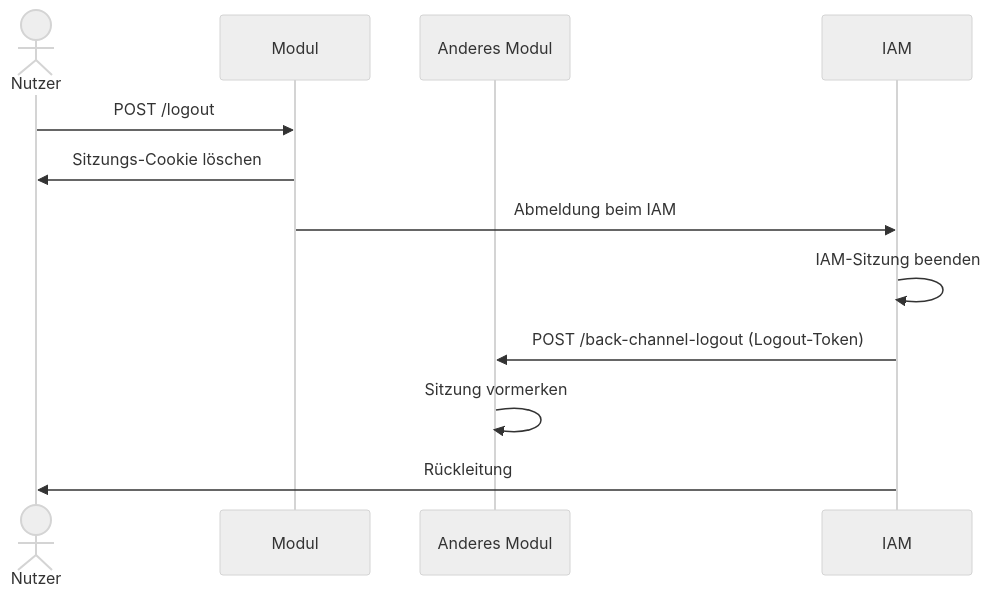
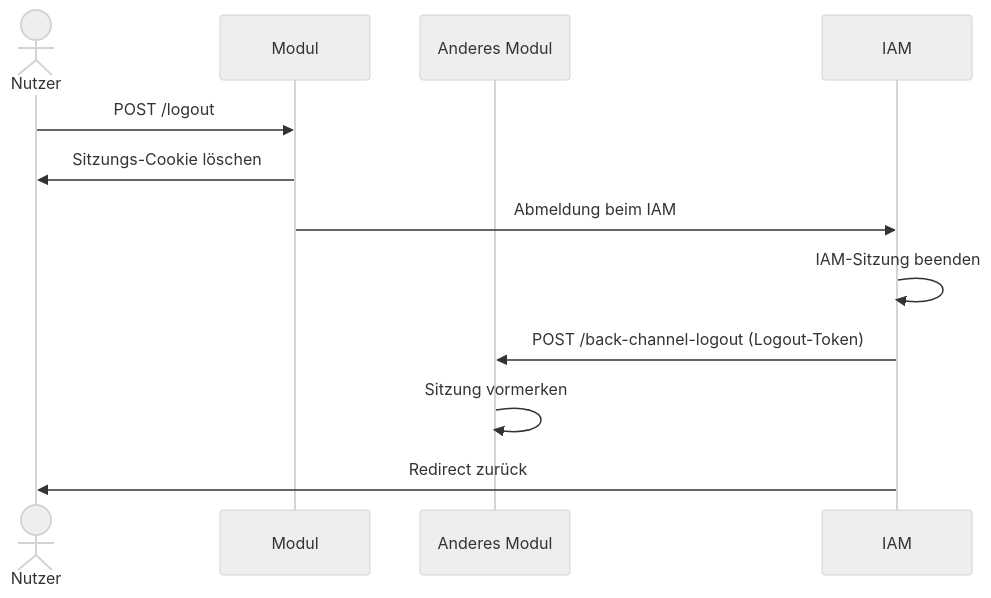
One commit to tiri/reference-architecture changed diagram 13 of 15 in arch-docs/README.md. Above: the diagram before and after it, drawn with Mermaid (neutral theme). The commit also changed other lines of this file and 1 other file, not shown here.

````diff
--- a/arch-docs/README.md
+++ b/arch-docs/README.md
@@ -502,14 +557,14 @@
 ```mermaid
 sequenceDiagram
     actor N as Nutzer
     participant M as Modul
     participant A as Anderes Modul
     participant I as IAM
     N->>M: POST /logout
     M->>N: Sitzungs-Cookie löschen
     M->>I: Abmeldung beim IAM
     I->>I: IAM-Sitzung beenden
     I->>A: POST /back-channel-logout (Logout-Token)
     A->>A: Sitzung vormerken
-    I->>N: Rückleitung
+    I->>N: Redirect zurück
 ```
````
